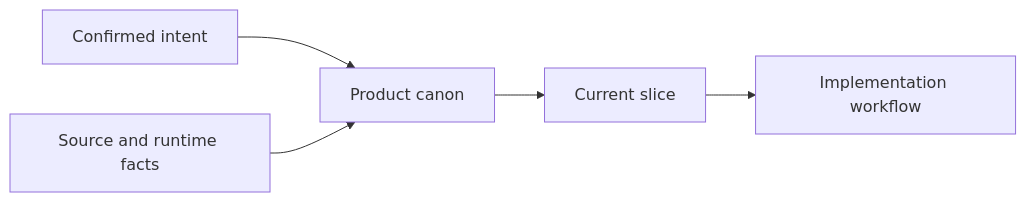
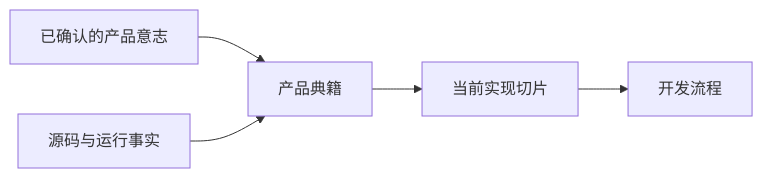
Before and after one commit to yinsang0910-star/product-canon: the diagram in README.md, drawn with Mermaid. The commit also changed other lines of this file and 1 other file, not shown here.

````diff
--- a/README.md
+++ b/README.md
@@ -14,7 +25,7 @@
 ```mermaid
 flowchart LR
-    A[Confirmed intent] --> B[Product canon]
-    B --> C[Current slice]
-    C --> D[Implementation workflow]
-    E[Source and runtime facts] --> B
+    A[已确认的产品意志] --> B[产品典籍]
+    B --> C[当前实现切片]
+    C --> D[开发流程]
+    E[源码与运行事实] --> B
 ```
````
